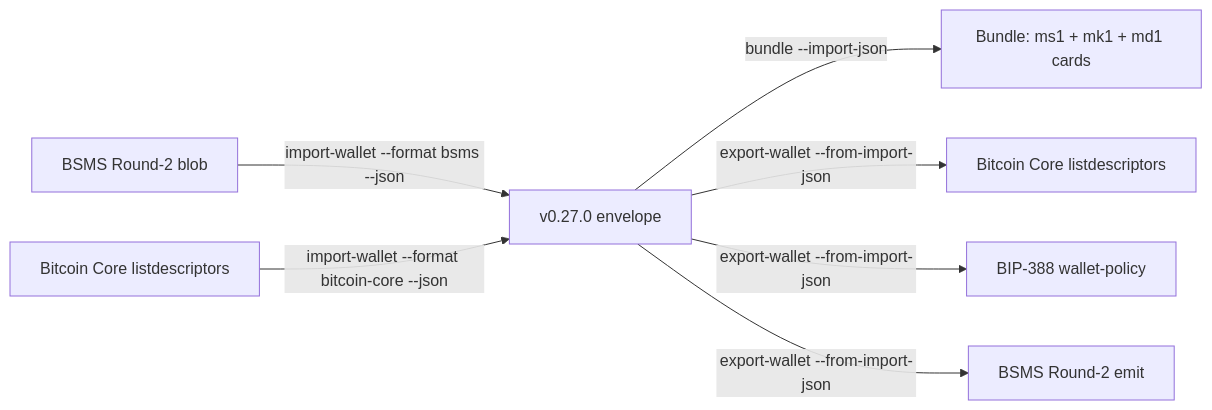
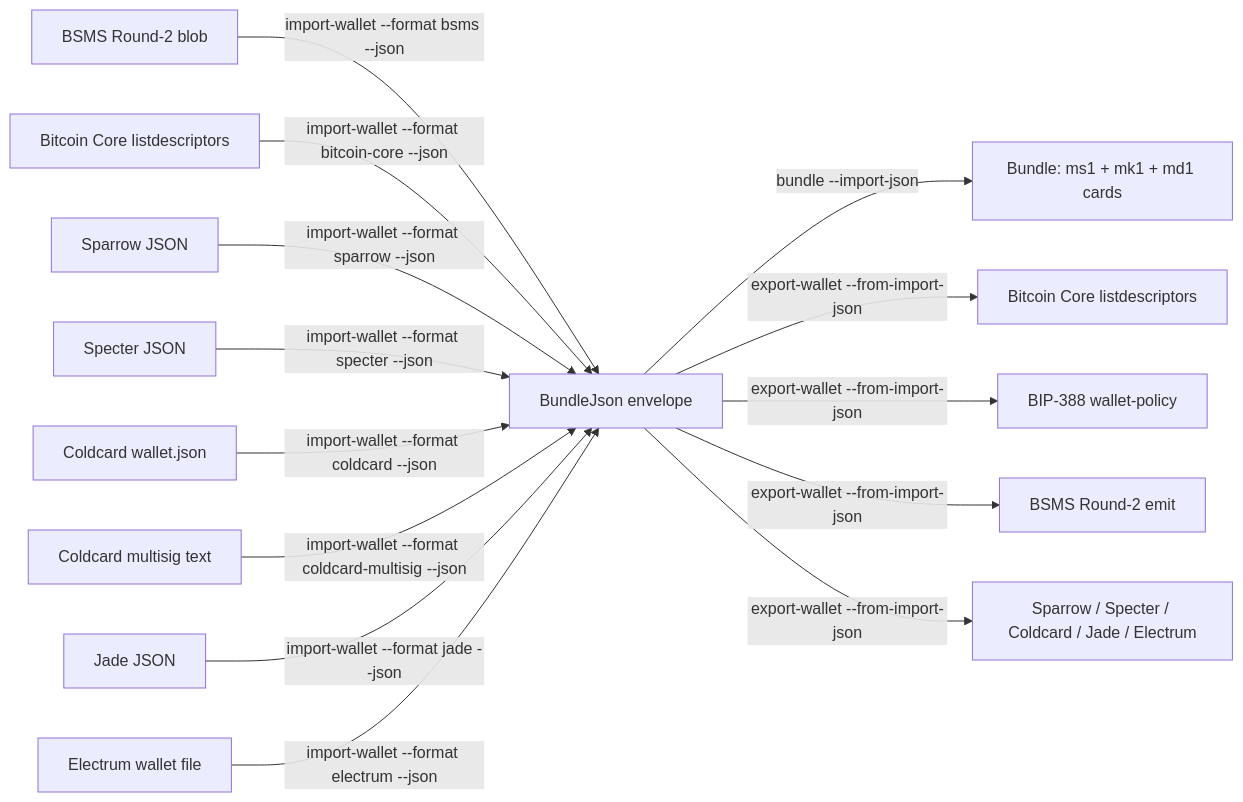
One commit to bg002h/mnemonic-toolkit changed the diagram in docs/manual/src/30-workflows/39-cross-format-conversion.md. Above: the diagram before and after it, drawn with Mermaid. The commit also changed other lines of this file and 3 other files, not shown here.

````diff
--- a/docs/manual/src/30-workflows/39-cross-format-conversion.md
+++ b/docs/manual/src/30-workflows/39-cross-format-conversion.md
@@ -19,9 +28,16 @@
 ```mermaid
 flowchart LR
-  S1[BSMS Round-2 blob] -->|import-wallet --format bsms --json| E[v0.27.0 envelope]
+  S1[BSMS Round-2 blob] -->|import-wallet --format bsms --json| E[BundleJson envelope]
   S2[Bitcoin Core listdescriptors] -->|import-wallet --format bitcoin-core --json| E
+  S3[Sparrow JSON] -->|import-wallet --format sparrow --json| E
+  S4[Specter JSON] -->|import-wallet --format specter --json| E
+  S5[Coldcard wallet.json] -->|import-wallet --format coldcard --json| E
+  S6[Coldcard multisig text] -->|import-wallet --format coldcard-multisig --json| E
+  S7[Jade JSON] -->|import-wallet --format jade --json| E
+  S8[Electrum wallet file] -->|import-wallet --format electrum --json| E
   E -->|bundle --import-json| B[Bundle: ms1 + mk1 + md1 cards]
   E -->|export-wallet --from-import-json| O1[Bitcoin Core listdescriptors]
   E -->|export-wallet --from-import-json| O2[BIP-388 wallet-policy]
   E -->|export-wallet --from-import-json| O3[BSMS Round-2 emit]
+  E -->|export-wallet --from-import-json| O4[Sparrow / Specter / Coldcard / Jade / Electrum]
 ```
````
